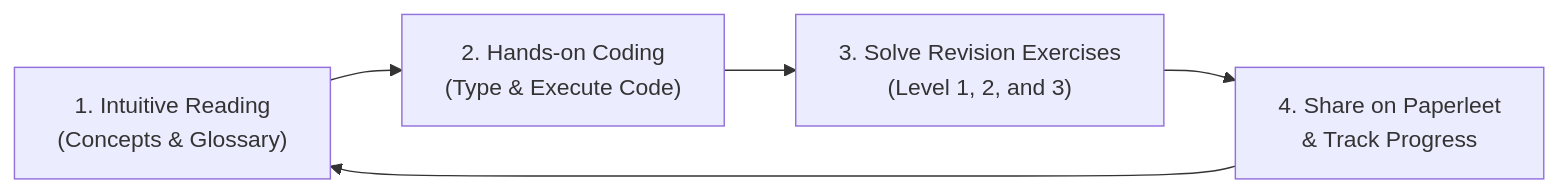
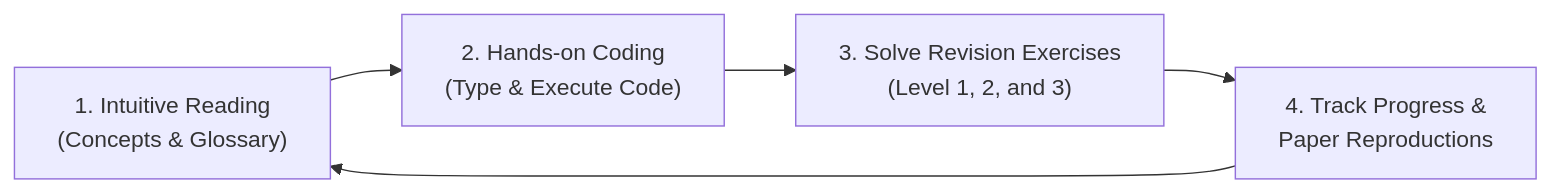
One commit to amirlankalm/ai-research-foundations changed the diagram in README.md. Above: the diagram before and after it, drawn with Mermaid. The commit also changed other lines of this file and 2 other files, not shown here.

Commit message:
docs: balance Paperleet framing as an optional LeetCode-style tool for AI researchers

````diff
--- a/README.md
+++ b/README.md
@@ -116,7 +116,7 @@
 ```mermaid
 flowchart LR
     A["1. Intuitive Reading<br/>(Concepts & Glossary)"] --> B["2. Hands-on Coding<br/>(Type & Execute Code)"]
     B --> C["3. Solve Revision Exercises<br/>(Level 1, 2, and 3)"]
-    C --> D["4. Share on Paperleet<br/>& Track Progress"]
+    C --> D["4. Track Progress &<br/>Paper Reproductions"]
     D --> A
 ```
````
